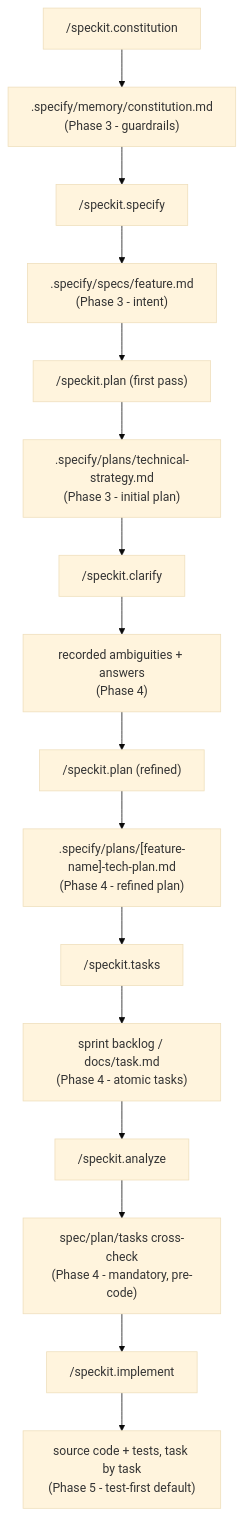
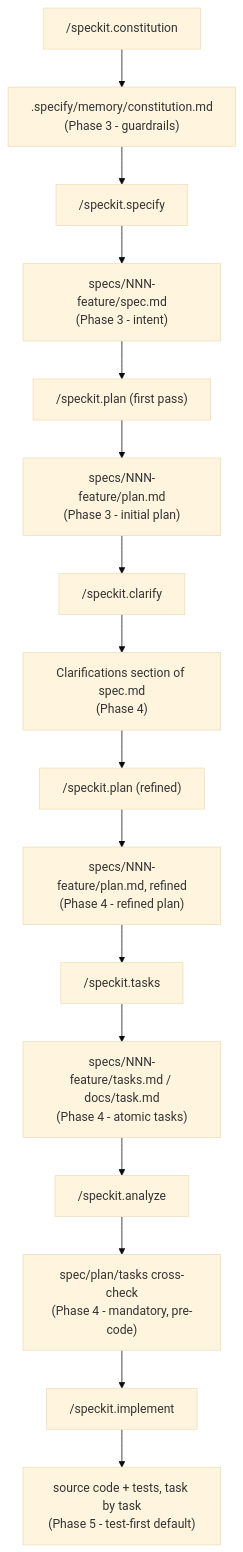
The fifth of 6 diagrams in docs/visuals/template-visual-overview.md (licorsy/ai-assisted-sdd-template), drawn with Mermaid (base theme) before and after one commit. The commit also changed other lines of this file and 10 other files, not shown here.

First line of the commit message:
fix(roadmap): place Spec Kit feature artifacts under specs/NNN-feature/

````diff
--- a/docs/visuals/template-visual-overview.md
+++ b/docs/visuals/template-visual-overview.md
@@ -137,18 +137,18 @@
 ```mermaid
 flowchart TD
     C["/speckit.constitution"] --> CA[".specify/memory/constitution.md<br/>(Phase 3 - guardrails)"]
-    S["/speckit.specify"] --> SA[".specify/specs/feature.md<br/>(Phase 3 - intent)"]
-    P1["/speckit.plan (first pass)"] --> PA[".specify/plans/technical-strategy.md<br/>(Phase 3 - initial plan)"]
-    CL["/speckit.clarify"] --> CLA["recorded ambiguities + answers<br/>(Phase 4)"]
-    P2["/speckit.plan (refined)"] --> PB[".specify/plans/[feature-name]-tech-plan.md<br/>(Phase 4 - refined plan)"]
-    T["/speckit.tasks"] --> TA["sprint backlog / docs/task.md<br/>(Phase 4 - atomic tasks)"]
+    S["/speckit.specify"] --> SA["specs/NNN-feature/spec.md<br/>(Phase 3 - intent)"]
+    P1["/speckit.plan (first pass)"] --> PA["specs/NNN-feature/plan.md<br/>(Phase 3 - initial plan)"]
+    CL["/speckit.clarify"] --> CLA["Clarifications section of spec.md<br/>(Phase 4)"]
+    P2["/speckit.plan (refined)"] --> PB["specs/NNN-feature/plan.md, refined<br/>(Phase 4 - refined plan)"]
+    T["/speckit.tasks"] --> TA["specs/NNN-feature/tasks.md / docs/task.md<br/>(Phase 4 - atomic tasks)"]
     AN["/speckit.analyze"] --> ANA["spec/plan/tasks cross-check<br/>(Phase 4 - mandatory, pre-code)"]
     I["/speckit.implement"] --> IA["source code + tests, task by task<br/>(Phase 5 - test-first default)"]
     CA --> S
     SA --> P1
     PA --> CL
     CLA --> P2
     PB --> T
     TA --> AN
     ANA --> I
 ```
````
